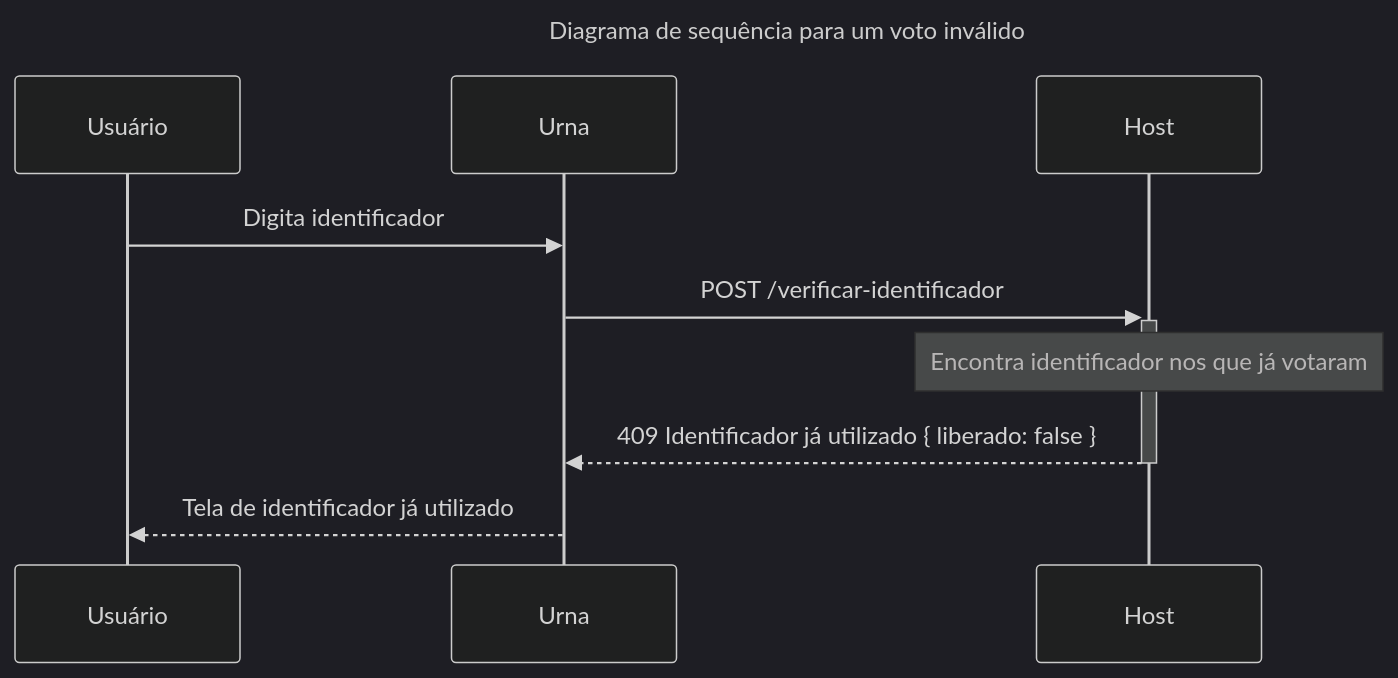
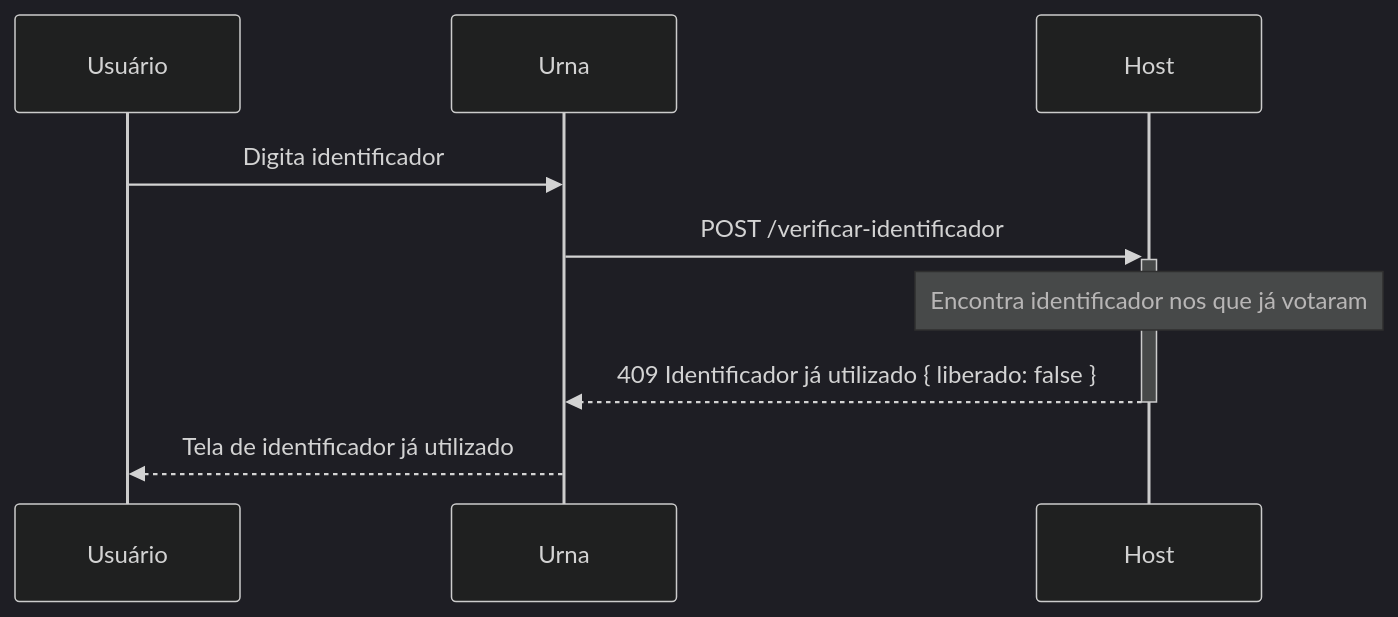
The diagram in docs/sequencia_voto_invalido.md (brendon-joao-dev/sistema-votacao), drawn with Mermaid (dark theme) before and after one commit. The commit also changed 2 other files, not shown here.

Commit message:
Docs: Alteração no formato dos títulos dos diagramas

````diff
--- a/docs/sequencia_voto_invalido.md
+++ b/docs/sequencia_voto_invalido.md
@@ -1,14 +3,12 @@
 ```mermaid
 sequenceDiagram
-    title Diagrama de sequência para um voto inválido
-
     participant U as Usuário
     participant F as Urna
     participant H as Host
 
     U->>F: Digita identificador
     F->>+H: POST /verificar-identificador
     Note over H: Encontra identificador nos que já votaram
     H-->>-F: 409 Identificador já utilizado { liberado: false }
     F-->>U: Tela de identificador já utilizado
 ```
````
